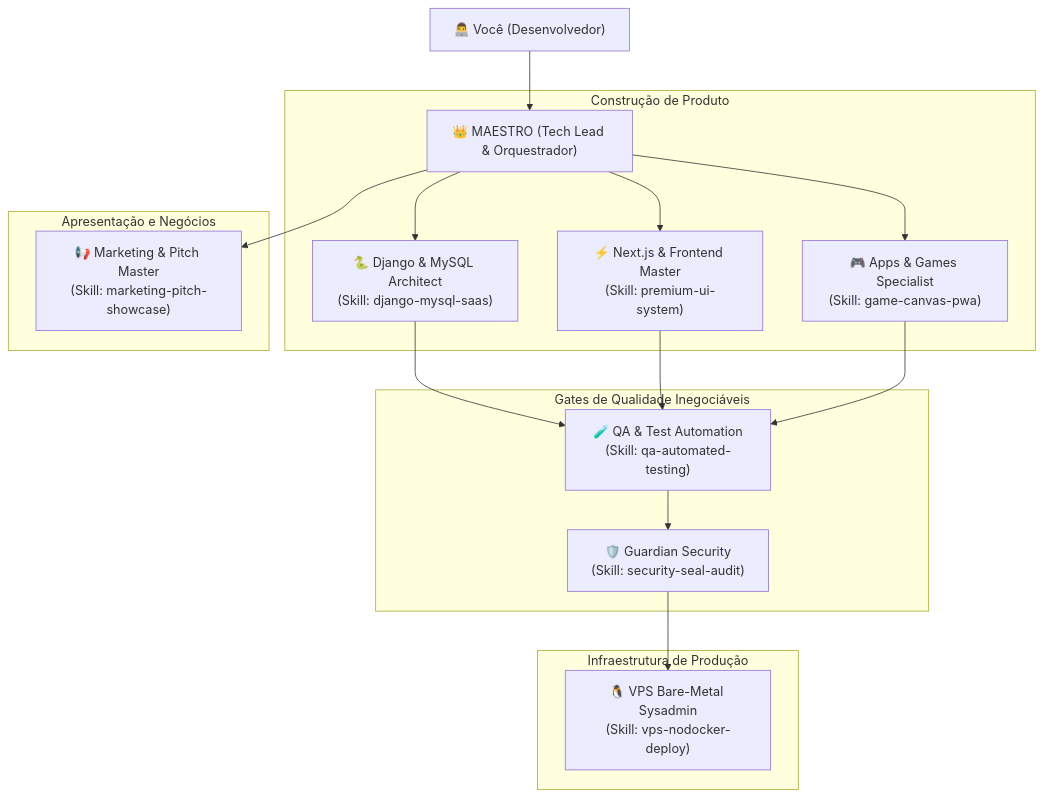
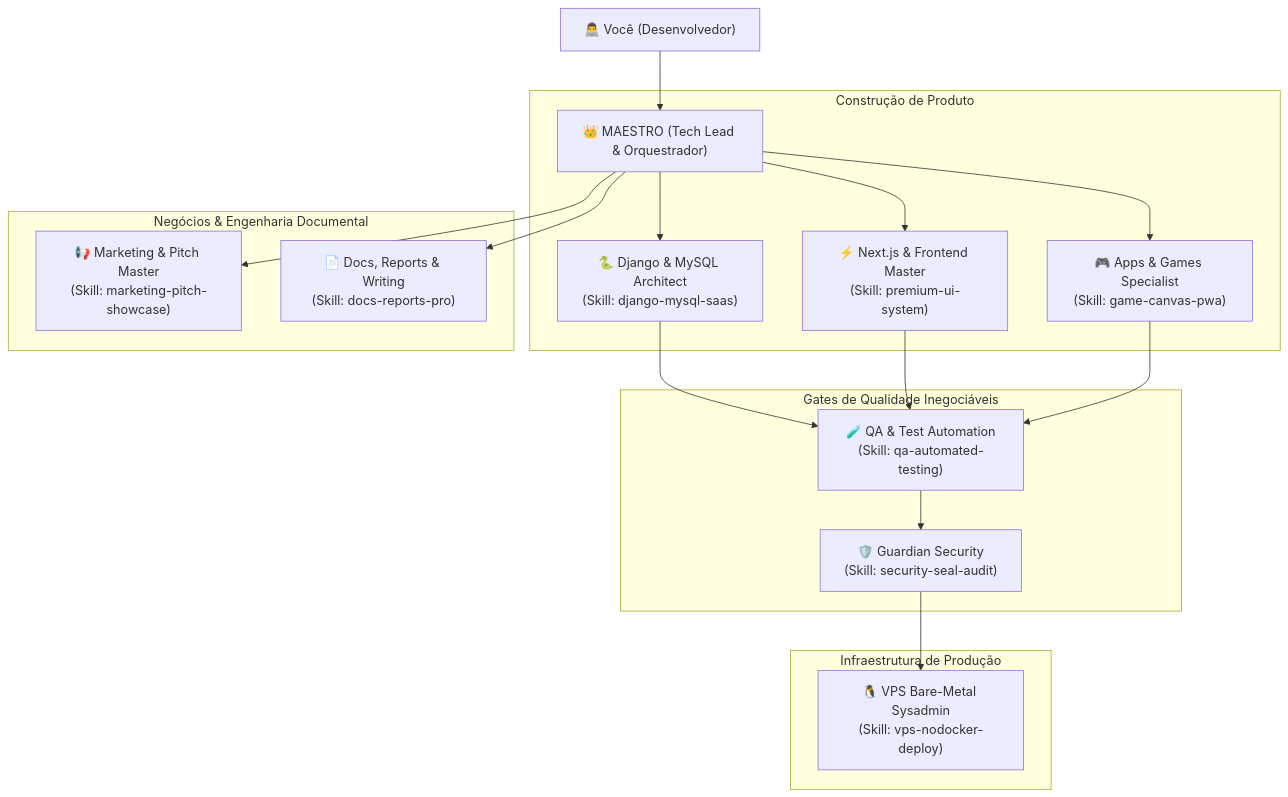
Before and after one commit to gwpoliveira/antigravity-fullstack-maestro: the diagram in README.md, drawn with Mermaid. The commit also changed other lines of this file and 7 other files, not shown here.

Commit message:
feat(docs-reports): add Docs, Reports & Technical Writing subagent, skill and workflow

````diff
--- a/README.md
+++ b/README.md
@@ -53,25 +53,26 @@
 ```mermaid
 graph TD
     User["👨‍💻 Você (Desenvolvedor)"] --> Maestro["👑 MAESTRO (Tech Lead & Orquestrador)"]
     
     subgraph "Construção de Produto"
         Maestro --> S1["🐍 Django & MySQL Architect<br/>(Skill: django-mysql-saas)"]
         Maestro --> S2["⚡ Next.js & Frontend Master<br/>(Skill: premium-ui-system)"]
         Maestro --> S3["🎮 Apps & Games Specialist<br/>(Skill: game-canvas-pwa)"]
     end
     
-    subgraph "Apresentação e Negócios"
+    subgraph "Negócios & Engenharia Documental"
         Maestro --> S7["📢 Marketing & Pitch Master<br/>(Skill: marketing-pitch-showcase)"]
+        Maestro --> S8["📄 Docs, Reports & Writing<br/>(Skill: docs-reports-pro)"]
     end
 
     subgraph "Gates de Qualidade Inegociáveis"
         S1 --> S4["🧪 QA & Test Automation<br/>(Skill: qa-automated-testing)"]
         S2 --> S4
         S3 --> S4
         S4 --> S5["🛡️ Guardian Security<br/>(Skill: security-seal-audit)"]
     end
 
     subgraph "Infraestrutura de Produção"
         S5 --> S6["🐧 VPS Bare-Metal Sysadmin<br/>(Skill: vps-nodocker-deploy)"]
     end
 ```
````
